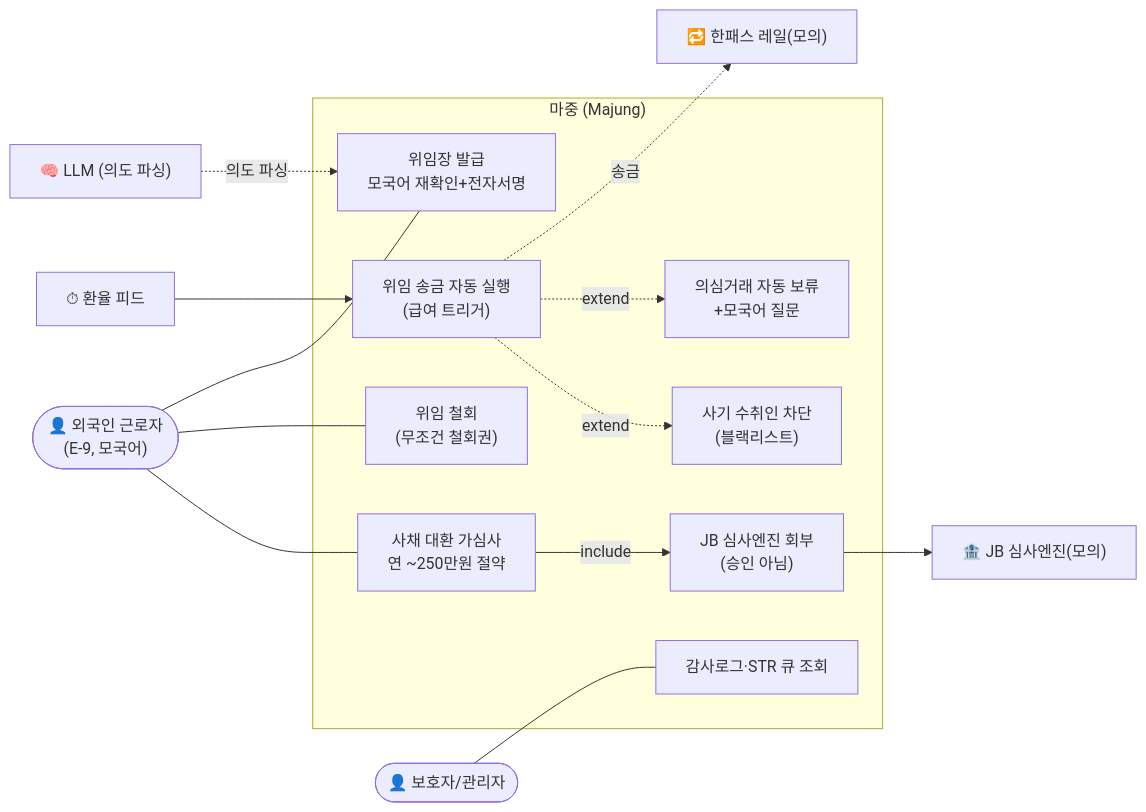
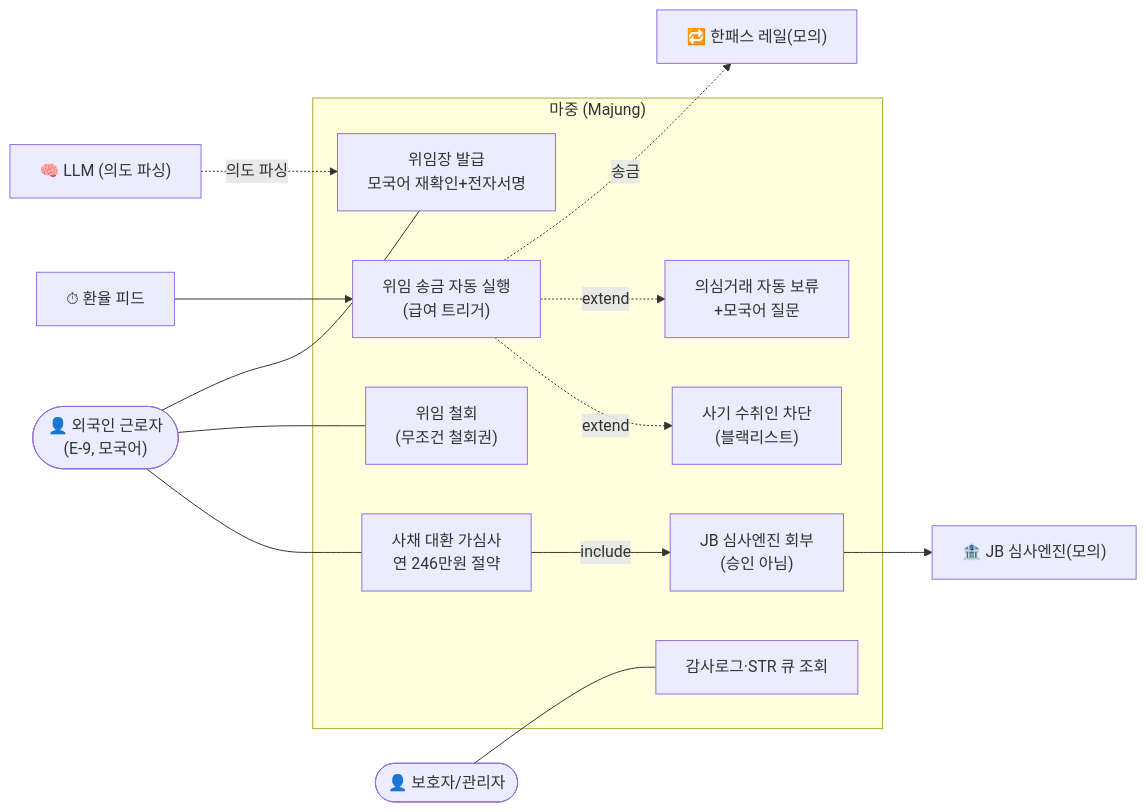
One commit to moon0825/majung changed the first of 4 diagrams in docs/diagrams.md. Above: the diagram before and after it, drawn with Mermaid. The commit also changed 6 other files, not shown here.

````diff
--- a/docs/diagrams.md
+++ b/docs/diagrams.md
@@ -11,32 +11,32 @@
 ```mermaid
 flowchart LR
     User(["👤 외국인 근로자<br/>(E-9, 모국어)"])
     Admin(["👤 보호자/관리자"])
     FX["⏱ 환율 피드"]
     JB["🏦 JB 심사엔진(모의)"]
     HP["🔁 한패스 레일(모의)"]
     LLM["🧠 LLM (의도 파싱)"]
 
     subgraph 마중["마중 (Majung)"]
         UC1["위임장 발급<br/>모국어 재확인+전자서명"]
         UC2["위임 송금 자동 실행<br/>(급여 트리거)"]
         UC3["의심거래 자동 보류<br/>+모국어 질문"]
         UC4["사기 수취인 차단<br/>(블랙리스트)"]
         UC5["위임 철회<br/>(무조건 철회권)"]
-        UC7["사채 대환 가심사<br/>연 ~250만원 절약"]
+        UC7["사채 대환 가심사<br/>연 246만원 절약"]
         UC8["JB 심사엔진 회부<br/>(승인 아님)"]
         UC9["감사로그·STR 큐 조회"]
     end
 
     User --- UC1
     User --- UC5
     User --- UC7
     Admin --- UC9
     FX --> UC2
     UC2 -. 송금 .-> HP
     LLM -. 의도 파싱 .-> UC1
     UC2 -. extend .-> UC3
     UC2 -. extend .-> UC4
     UC7 -- include --> UC8
     UC8 --> JB
 ```
````
